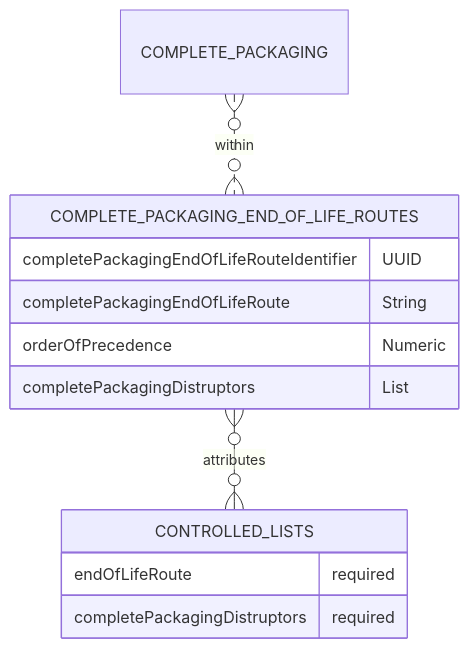
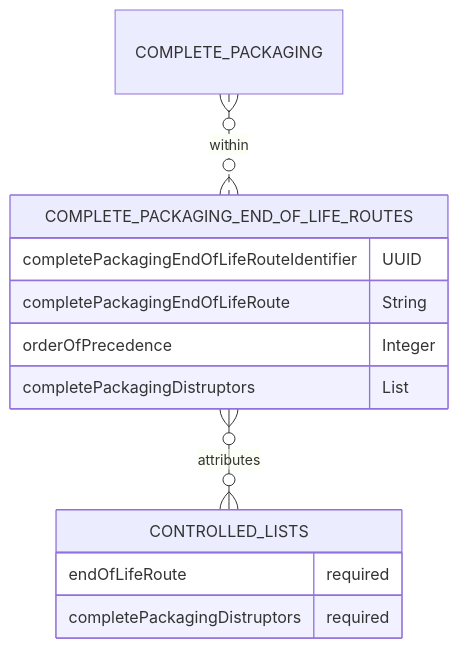
The diagram in docs/6_Relationship_Lists/6_008_Complete_Packaging_End_of_Life_Routes.md (OpenDataManchester/Open3P), drawn with Mermaid before and after one commit. The commit also changed other lines of this file, not shown here.

Commit message:
Changed Numeric format in CP End of Life Routes

````diff
--- a/docs/6_Relationship_Lists/6_008_Complete_Packaging_End_of_Life_Routes.md
+++ b/docs/6_Relationship_Lists/6_008_Complete_Packaging_End_of_Life_Routes.md
@@ -20,16 +20,16 @@
 ``` mermaid
 erDiagram
 
   COMPLETE_PACKAGING }o..o{ COMPLETE_PACKAGING_END_OF_LIFE_ROUTES : within
   COMPLETE_PACKAGING_END_OF_LIFE_ROUTES {
     completePackagingEndOfLifeRouteIdentifier UUID
     completePackagingEndOfLifeRoute String
-    orderOfPrecedence Numeric
+    orderOfPrecedence Integer
     completePackagingDistruptors List
   }
   COMPLETE_PACKAGING_END_OF_LIFE_ROUTES }o--o{ CONTROLLED_LISTS : attributes
   CONTROLLED_LISTS {
     endOfLifeRoute required
     completePackagingDistruptors required
   }
 ```
````
